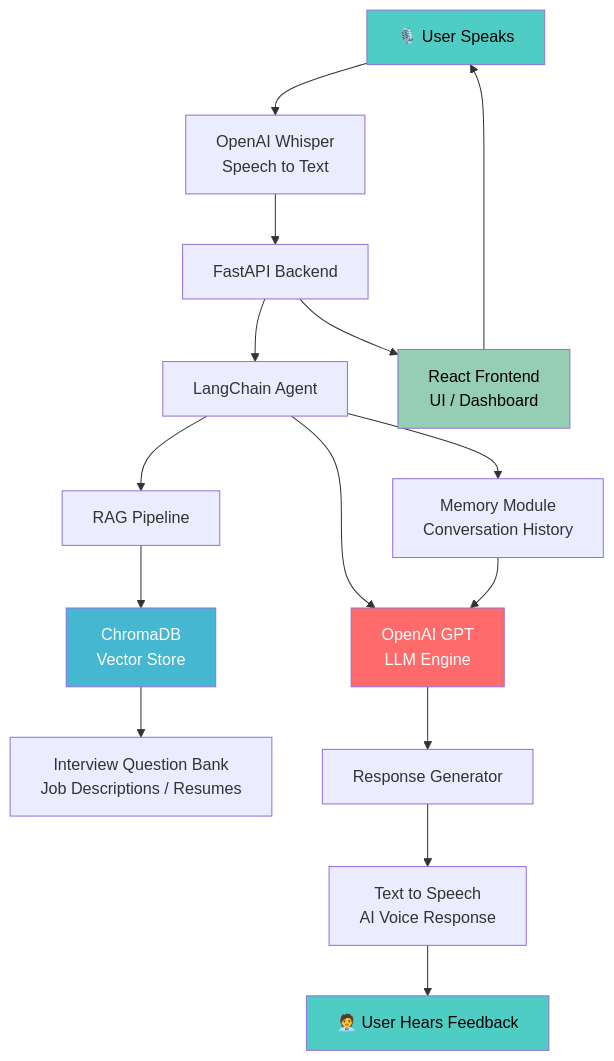
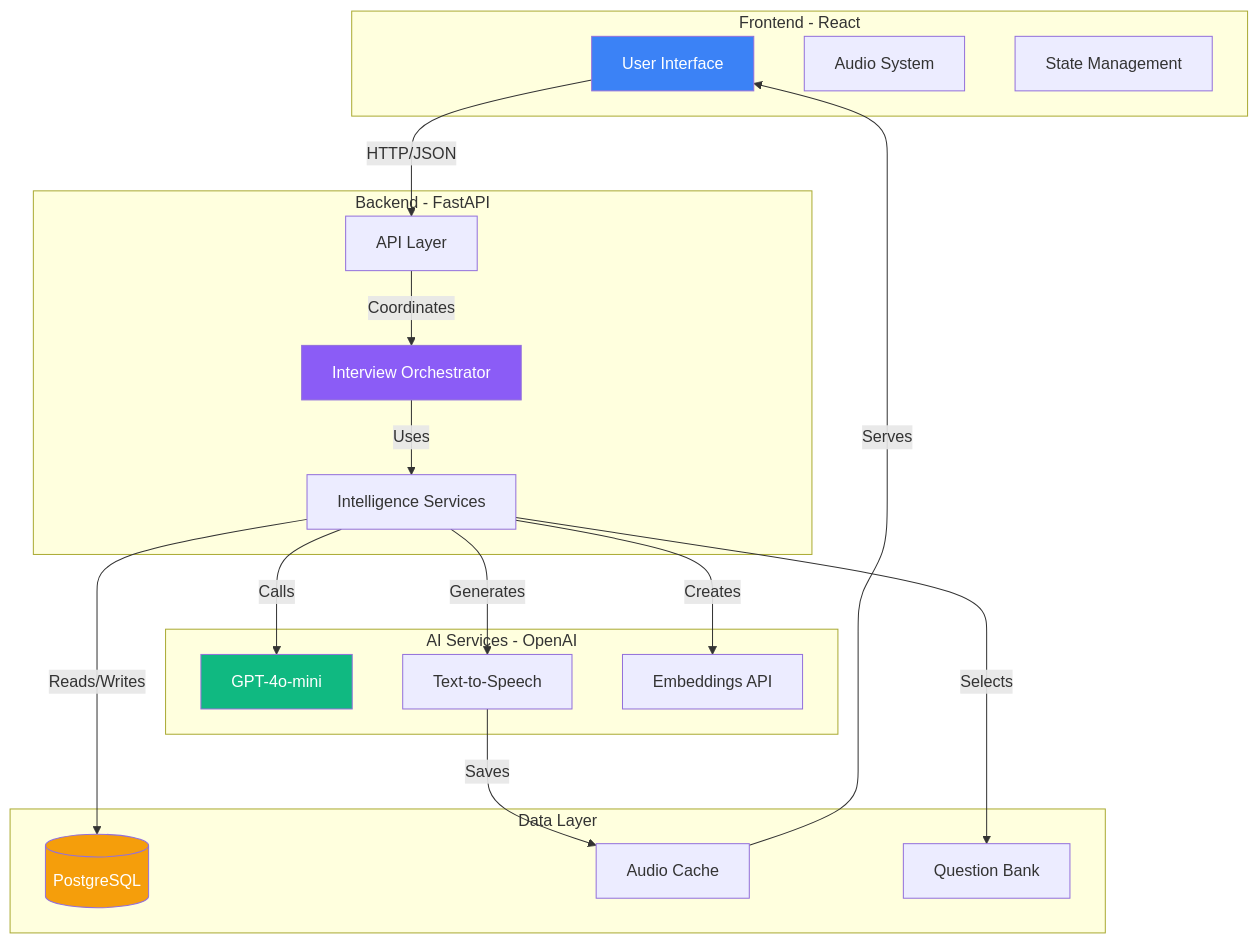
One commit to codexsys-7/ai-interview changed the first of 3 diagrams in README.md. Above: the diagram before and after it, drawn with Mermaid. The commit also changed other lines of this file, not shown here.

First line of the commit message:
Revise README with architecture updates and new features

`````diff
--- a/README.md
+++ b/README.md
@@ -8,23 +10,42 @@
-```mermaid
-graph TD
-    A[🎙️ User Speaks] --> B[OpenAI Whisper\nSpeech to Text]
-    B --> C[FastAPI Backend]
-    C --> D[LangChain Agent]
-    D --> E[Memory Module\nConversation History]
-    D --> F[RAG Pipeline]
-    F --> G[ChromaDB\nVector Store]
-    G --> H[Interview Question Bank\nJob Descriptions / Resumes]
-    D --> I[OpenAI GPT\nLLM Engine]
-    I --> J[Response Generator]
-    J --> K[Text to Speech\nAI Voice Response]
-    K --> L[🧑‍💼 User Hears Feedback]
-    E --> I
-    C --> M[React Frontend\nUI / Dashboard]
-    M --> A
-
-    style A fill:#4ECDC4,color:#000
-    style I fill:#FF6B6B,color:#fff
-    style G fill:#45B7D1,color:#fff
-    style M fill:#96CEB4,color:#000
-    style L fill:#4ECDC4,color:#000
-```
+````mermaid
+graph TB
+    subgraph "Frontend - React"
+        UI[User Interface]
+        Audio[Audio System]
+        State[State Management]
+    end
+    
+    subgraph "Backend - FastAPI"
+        API[API Layer]
+        Orchestrator[Interview Orchestrator]
+        Services[Intelligence Services]
+    end
+    
+    subgraph "AI Services - OpenAI"
+        GPT[GPT-4o-mini]
+        TTS[Text-to-Speech]
+        Embeddings[Embeddings API]
+    end
+    
+    subgraph "Data Layer"
+        DB[(PostgreSQL)]
+        Cache[Audio Cache]
+        QB[Question Bank]
+    end
+    
+    UI -->|HTTP/JSON| API
+    API -->|Coordinates| Orchestrator
+    Orchestrator -->|Uses| Services
+    Services -->|Calls| GPT
+    Services -->|Generates| TTS
+    Services -->|Creates| Embeddings
+    Services -->|Reads/Writes| DB
+    TTS -->|Saves| Cache
+    Services -->|Selects| QB
+    Cache -->|Serves| UI
+    
+    style UI fill:#3b82f6,color:#fff
+    style Orchestrator fill:#8b5cf6,color:#fff
+    style GPT fill:#10b981,color:#fff
+    style DB fill:#f59e0b,color:#fff
+````
`````
